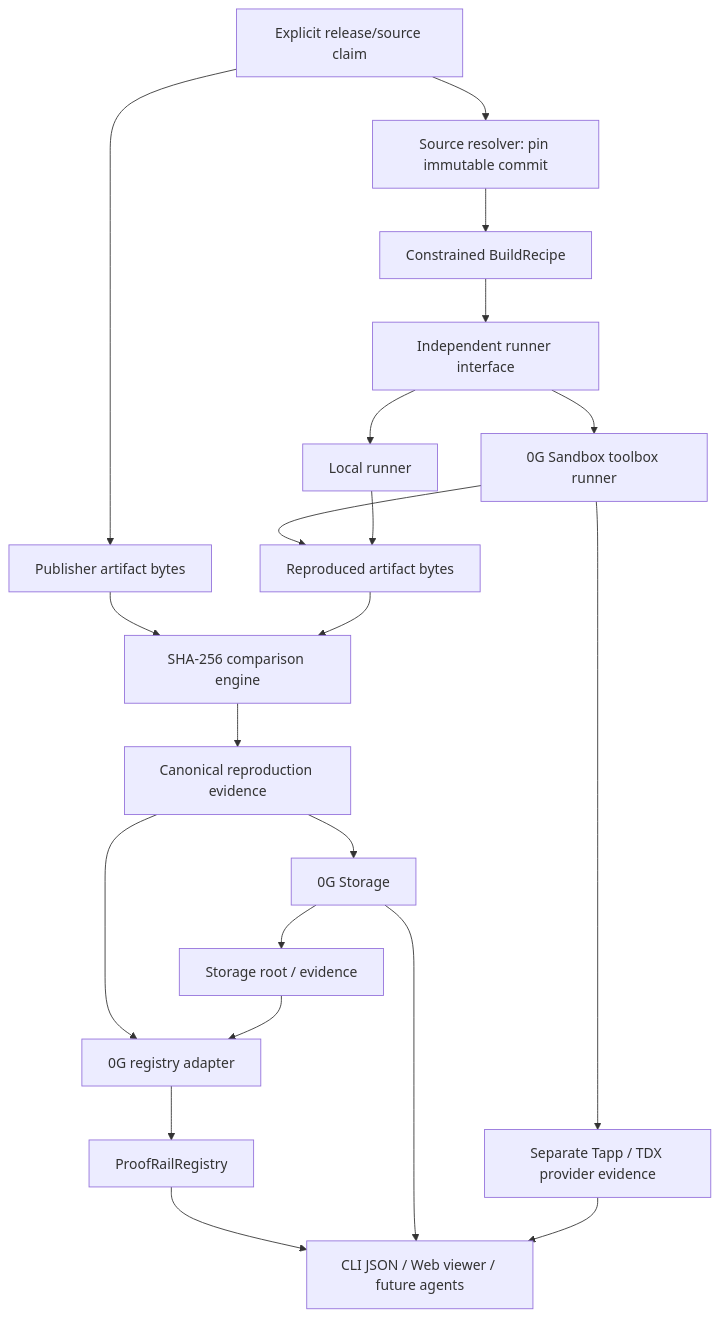
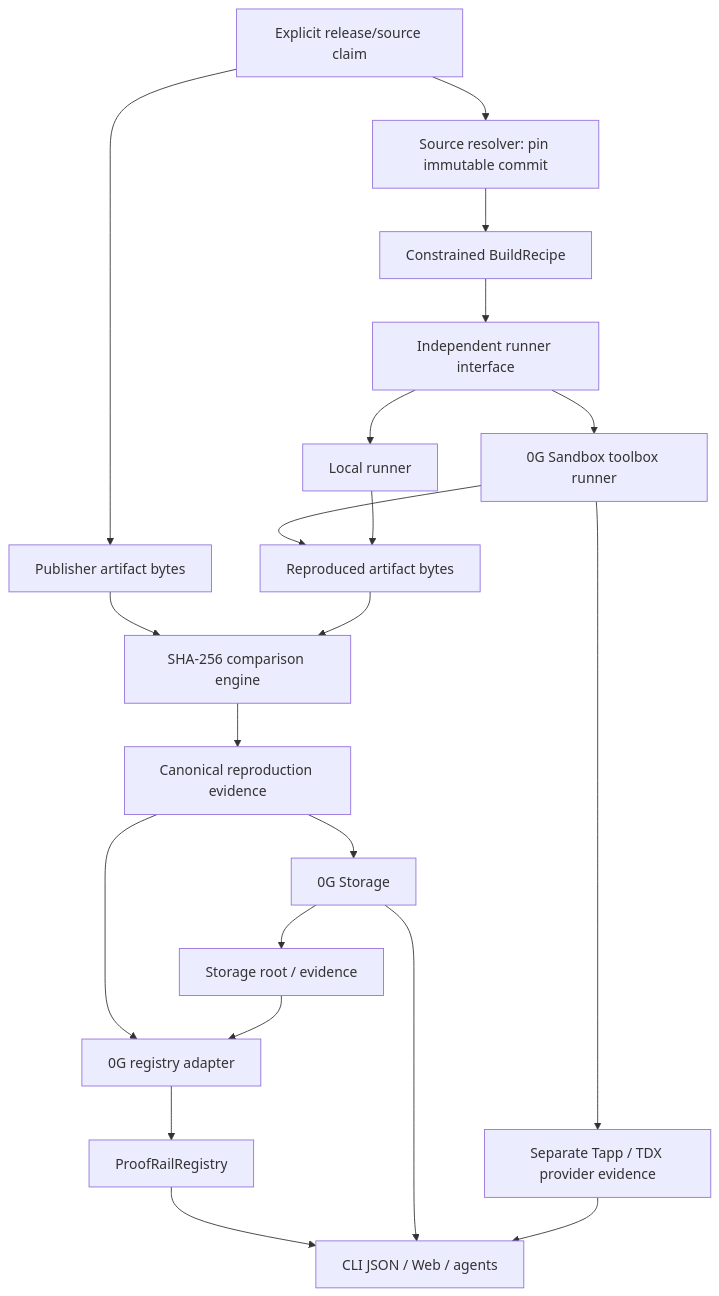
Before and after one commit to Ollie202/aegisone: the first of 2 diagrams in docs/03-architecture.md, drawn with Mermaid. The commit also changed other lines of this file, not shown here.

````diff
--- a/docs/03-architecture.md
+++ b/docs/03-architecture.md
@@ -9,23 +9,23 @@
 ```mermaid
 flowchart TD
   A["Explicit release/source claim"] --> B["Source resolver: pin immutable commit"]
   A --> P["Publisher artifact bytes"]
   B --> C["Constrained BuildRecipe"]
   C --> D["Independent runner interface"]
   D --> D1["Local runner"]
   D --> D2["0G Sandbox toolbox runner"]
   D2 --> E["Reproduced artifact bytes"]
   D1 --> E
   D2 --> T["Separate Tapp / TDX provider evidence"]
   P --> F["SHA-256 comparison engine"]
   E --> F
   F --> G["Canonical reproduction evidence"]
   G --> H["0G Storage"]
   H --> I["Storage root / evidence"]
   G --> J["0G registry adapter"]
   I --> J
   J --> K["ProofRailRegistry"]
-  K --> L["CLI JSON / Web viewer / future agents"]
+  K --> L["CLI JSON / Web / agents"]
   H --> L
   T --> L
 ```
````
